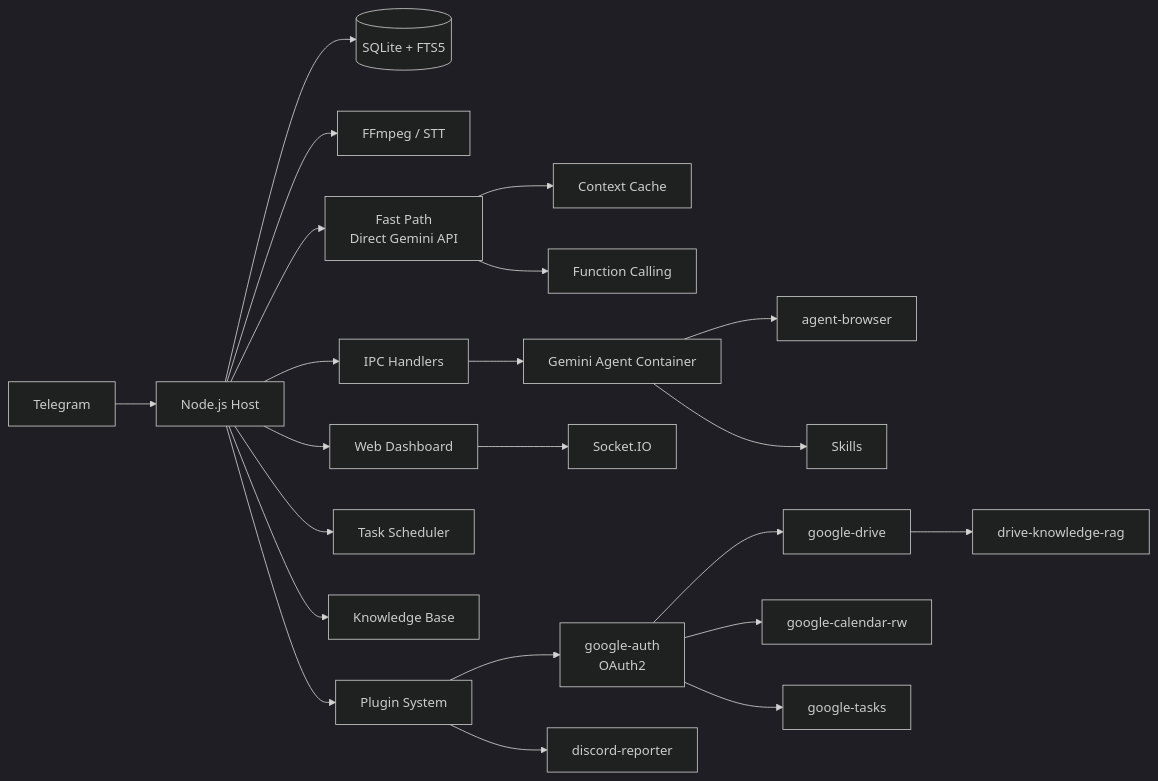
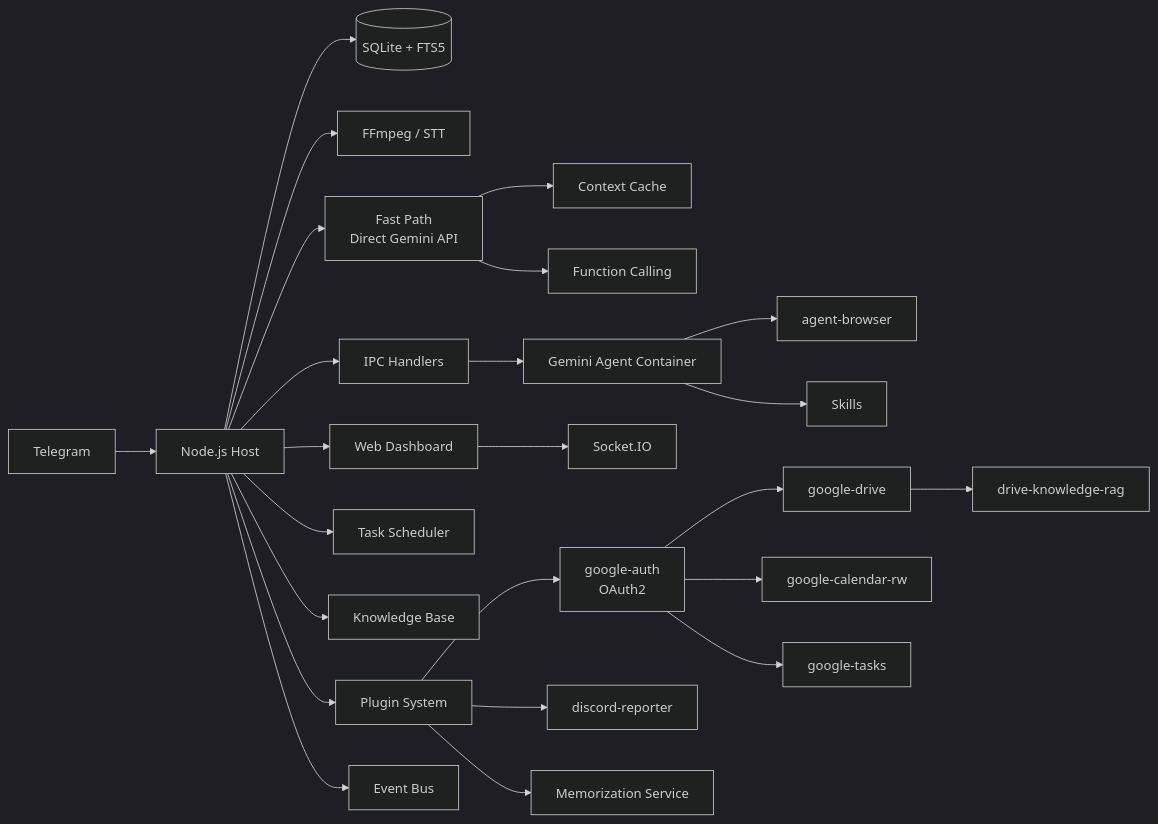
One commit to Rlin1027/NanoGemClaw changed the diagram in README.ko.md. Above: the diagram before and after it, drawn with Mermaid (dark theme). The commit also changed other lines of this file and 7 other files, not shown here.

First line of the commit message:
docs: update all READMEs for event-bus, memorization-service, and 12-module dashboard

````diff
--- a/README.ko.md
+++ b/README.ko.md
@@ -381,24 +386,26 @@
 ```mermaid
 graph LR
     TG[Telegram] --> Bot[Node.js Host]
     Bot --> DB[(SQLite + FTS5)]
     Bot --> STT[FFmpeg / STT]
     Bot --> FP[Fast Path<br/>Direct Gemini API]
     FP --> Cache[Context Cache]
     FP --> FC[Function Calling]
     Bot --> IPC[IPC Handlers]
     IPC --> Container[Gemini Agent Container]
     Container --> Browser[agent-browser]
     Container --> Skills[Skills]
     Bot --> Dashboard[Web Dashboard]
     Dashboard --> WS[Socket.IO]
     Bot --> Scheduler[Task Scheduler]
     Bot --> Knowledge[Knowledge Base]
     Bot --> Plugins[Plugin System]
     Plugins --> GAuth[google-auth<br/>OAuth2]
     GAuth --> GDrive[google-drive]
     GAuth --> GCal[google-calendar-rw]
     GAuth --> GTasks[google-tasks]
     GDrive --> RAG[drive-knowledge-rag]
     Plugins --> Discord[discord-reporter]
+    Plugins --> Memo[Memorization Service]
+    Bot --> EB[Event Bus]
 ```
````
